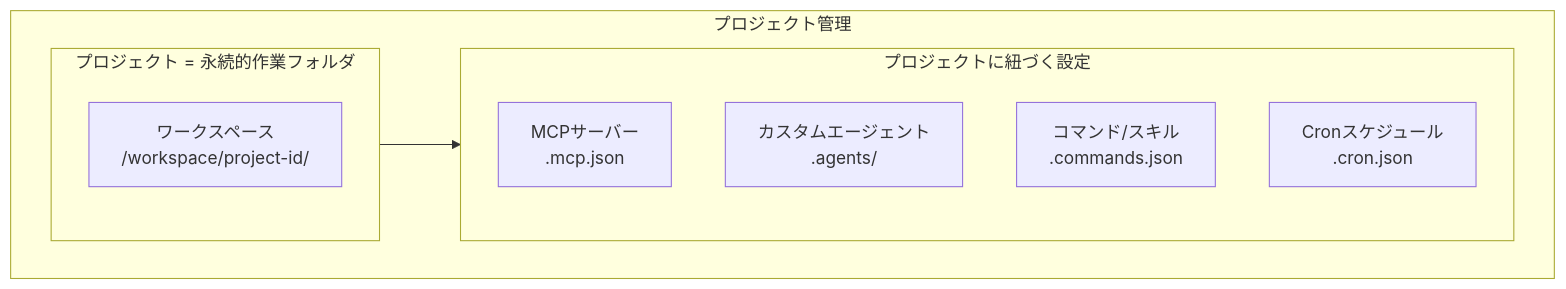
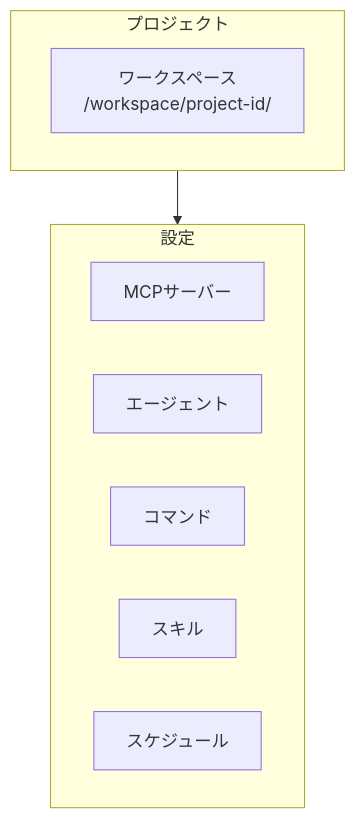
One commit to thirai-classlab/Claude-Code-Cloud changed the first of 2 diagrams in doc/user-guide.md. Above: the diagram before and after it, drawn with Mermaid. The commit also changed other lines of this file and 2 other files, not shown here.

````diff
--- a/doc/user-guide.md
+++ b/doc/user-guide.md
@@ -165,17 +427,16 @@
 ```mermaid
 flowchart TB
-    subgraph ProjectManagement["プロジェクト管理"]
-        subgraph Project["プロジェクト = 永続的作業フォルダ"]
-            P1[ワークスペース<br/>/workspace/project-id/]
-        end
+    subgraph Project["プロジェクト"]
+        P1[ワークスペース<br/>/workspace/project-id/]
+    end
 
-        subgraph BoundToProject["プロジェクトに紐づく設定"]
-            B1[MCPサーバー<br/>.mcp.json]
-            B2[カスタムエージェント<br/>.agents/]
-            B3[コマンド/スキル<br/>.commands.json]
-            B4[Cronスケジュール<br/>.cron.json]
-        end
+    subgraph Config["設定"]
+        C1[MCPサーバー]
+        C2[エージェント]
+        C3[コマンド]
+        C4[スキル]
+        C5[スケジュール]
+    end
 
-        Project --> BoundToProject
-    end
+    Project --> Config
 ```
````
